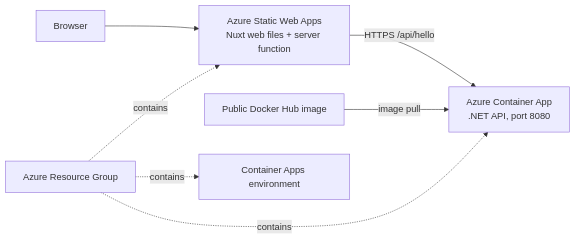
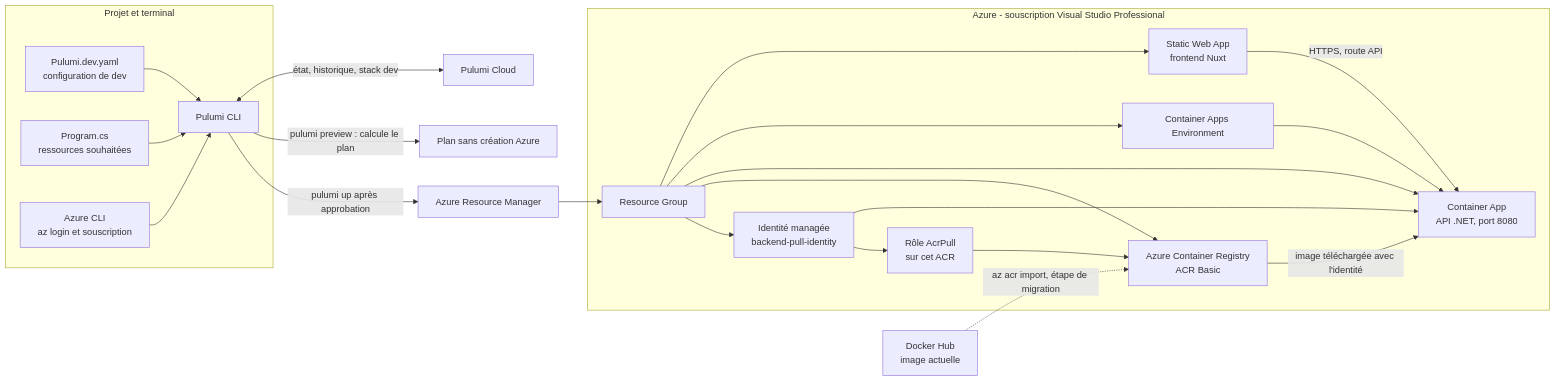
The first of 2 diagrams in infrastructure/README.md (Mentoring-Bordeaux/agentic-orchestrator), drawn with Mermaid before and after one commit. The commit also changed other lines of this file and 2 other files, not shown here.

Commit message:
Enhance Azure infrastructure setup with ACR and managed identity support

````diff
--- a/infrastructure/README.md
+++ b/infrastructure/README.md
@@ -18,9 +9,39 @@
 ```mermaid
 flowchart LR
-    Browser --> SWA[Azure Static Web Apps\nNuxt web files + server function]
-    SWA -->|HTTPS /api/hello| API[Azure Container App\n.NET API, port 8080]
-    DockerHub[Public Docker Hub image] -->|image pull| API
-    RG[Azure Resource Group] -. contains .-> SWA
-    RG -. contains .-> API
-    RG -. contains .-> Environment[Container Apps environment]
+    subgraph Repo[Projet et terminal]
+        CFG[Pulumi.dev.yaml<br/>configuration de dev]
+        CODE[Program.cs<br/>ressources souhaitées]
+        CLI[Pulumi CLI]
+        AZCLI[Azure CLI<br/>az login et souscription]
+        CFG --> CLI
+        CODE --> CLI
+        AZCLI --> CLI
+    end
+
+    CLI <-->|état, historique, stack dev| CLOUD[Pulumi Cloud]
+    CLI -->|pulumi preview : calcule le plan| PLAN[Plan sans création Azure]
+    CLI -->|pulumi up après approbation| ARM[Azure Resource Manager]
+
+    subgraph Azure[Azure - souscription Visual Studio Professional]
+        RG[Resource Group]
+        SWA[Static Web App<br/>frontend Nuxt]
+        ENV[Container Apps Environment]
+        APP[Container App<br/>API .NET, port 8080]
+        ACR[Azure Container Registry<br/>ACR Basic]
+        ID[Identité managée<br/>backend-pull-identity]
+        ROLE[Rôle AcrPull<br/>sur cet ACR]
+        RG --> SWA
+        RG --> ENV
+        RG --> APP
+        RG --> ACR
+        RG --> ID
+        ENV --> APP
+        ID --> APP
+        ID --> ROLE --> ACR
+        ACR -->|image téléchargée avec l'identité| APP
+        SWA -->|HTTPS, route API| APP
+    end
+
+    ARM --> RG
+    HUB[Docker Hub<br/>image actuelle] -. "az acr import, étape de migration" .-> ACR
 ```
````
